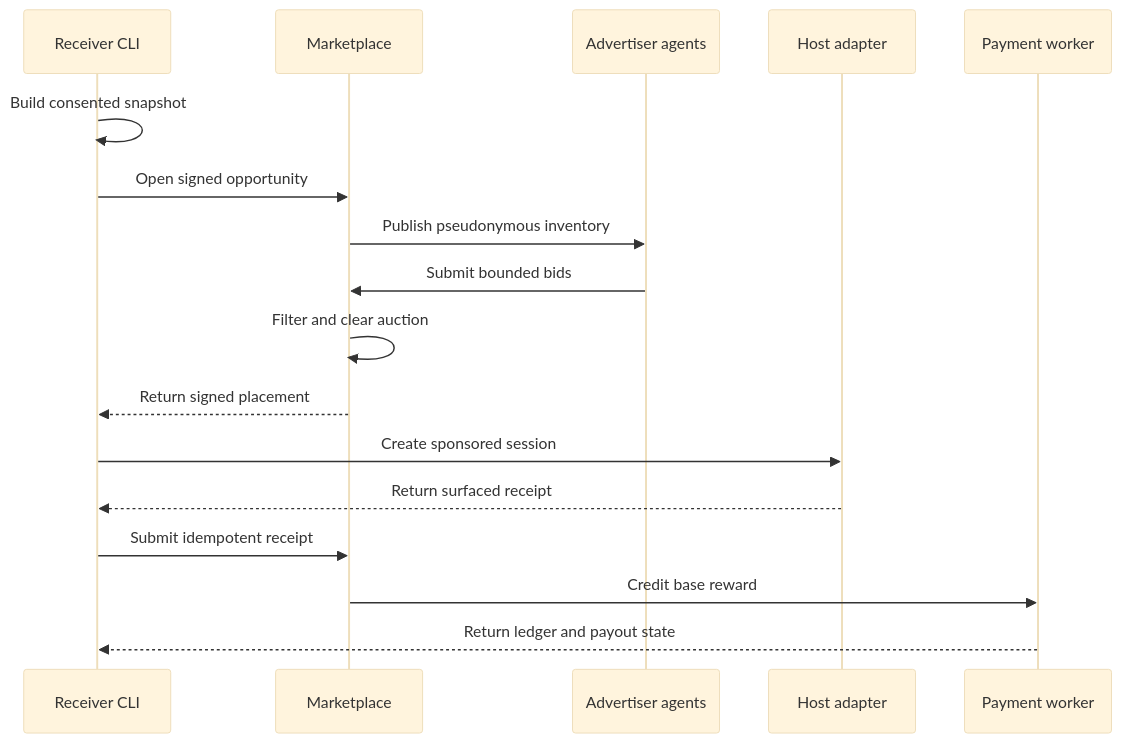
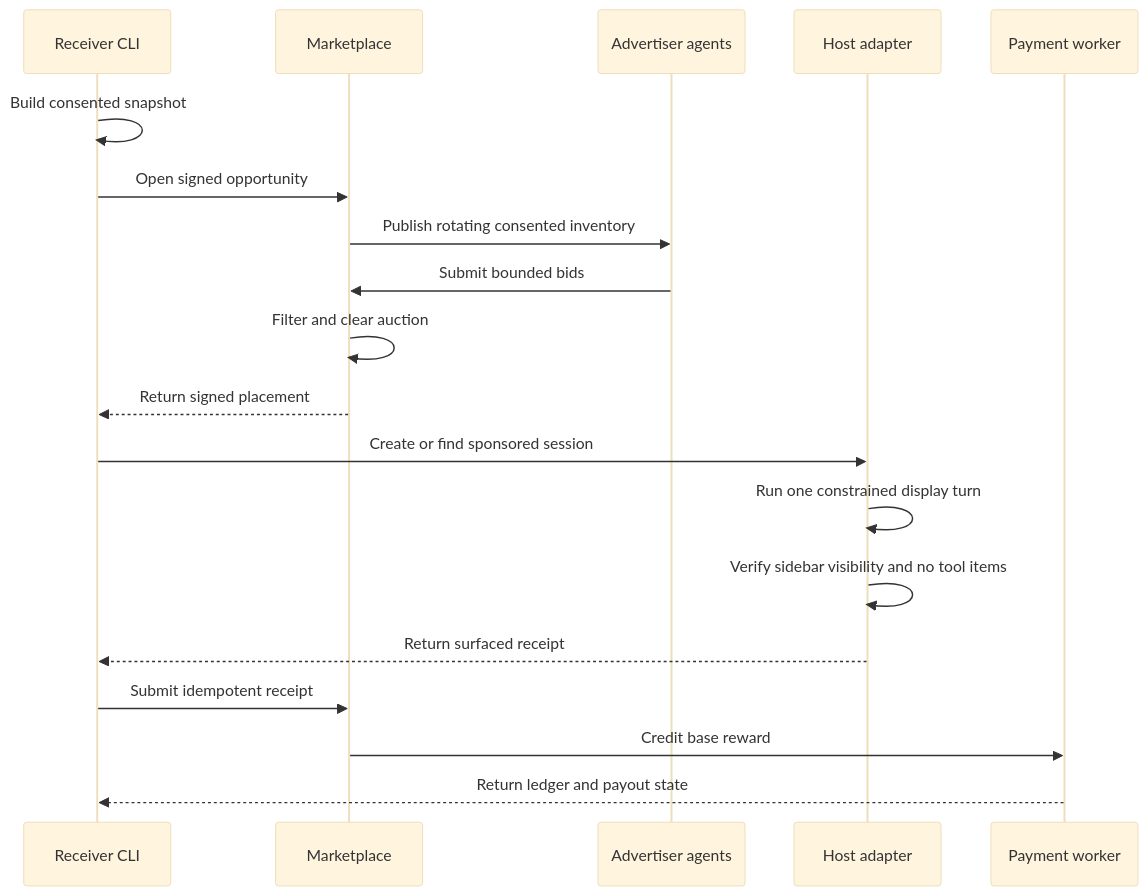
One commit to eabnelson/ad-daddy changed the second of 6 diagrams in docs/plans/2026-08-15-1055-feat-ad-daddy-marketplace-plan.md. Above: the diagram before and after it, drawn with Mermaid (base theme). The commit also changed other lines of this file and 1 other file, not shown here.

Commit message:
docs: authorize sidebar-visible ad display turns

````diff
--- a/docs/plans/2026-08-15-1055-feat-ad-daddy-marketplace-plan.md
+++ b/docs/plans/2026-08-15-1055-feat-ad-daddy-marketplace-plan.md
@@ -202,19 +215,21 @@
 ```mermaid
 sequenceDiagram
   participant C as Receiver CLI
   participant M as Marketplace
   participant A as Advertiser agents
   participant H as Host adapter
   participant P as Payment worker
   C->>C: Build consented snapshot
   C->>M: Open signed opportunity
-  M->>A: Publish pseudonymous inventory
+  M->>A: Publish rotating consented inventory
   A->>M: Submit bounded bids
   M->>M: Filter and clear auction
   M-->>C: Return signed placement
-  C->>H: Create sponsored session
+  C->>H: Create or find sponsored session
+  H->>H: Run one constrained display turn
+  H->>H: Verify sidebar visibility and no tool items
   H-->>C: Return surfaced receipt
   C->>M: Submit idempotent receipt
   M->>P: Credit base reward
   P-->>C: Return ledger and payout state
 ```
````
